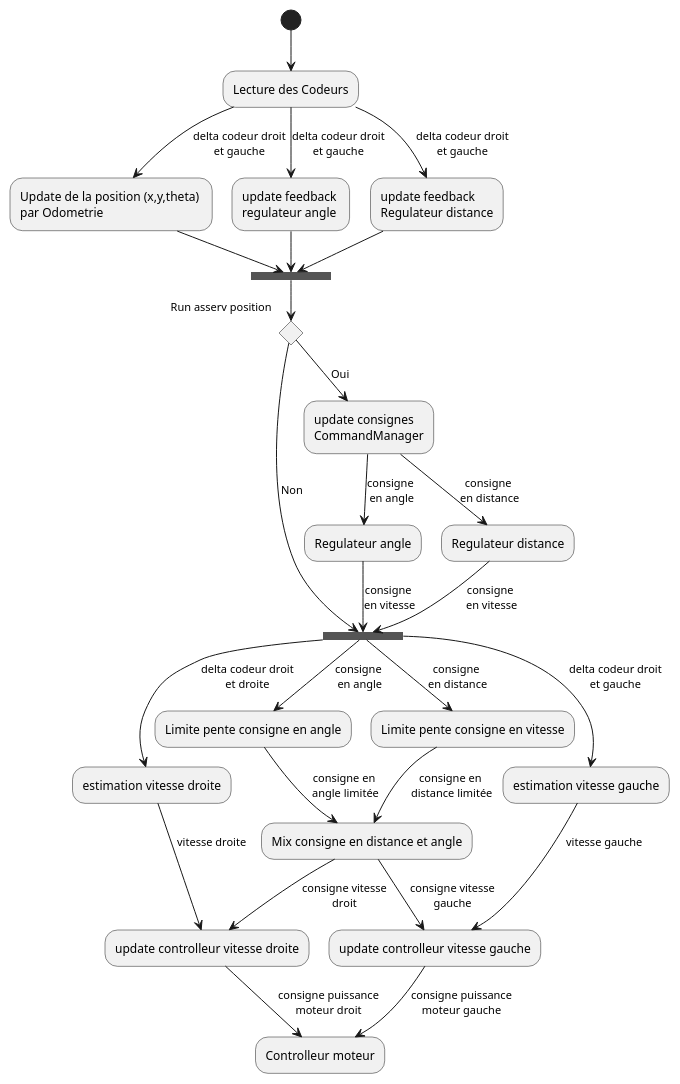
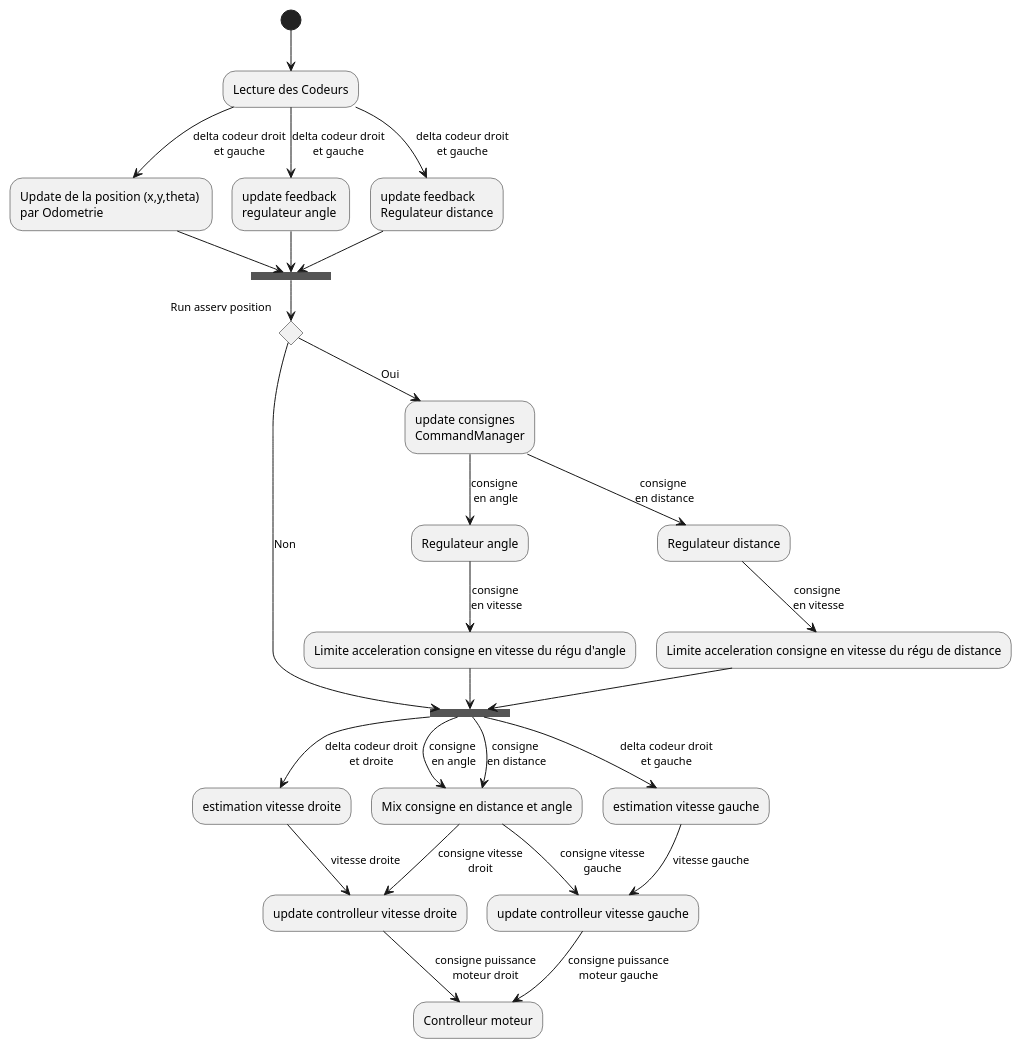
The diagram in misc/bloc_asserv.plantuml (EsialRobotik/asserv_chibios), drawn with PlantUML before and after one commit. The commit also changed 1 other file, not shown here.

Commit message:
Update plantuml

```diff
--- a/misc/bloc_asserv.plantuml
+++ b/misc/bloc_asserv.plantuml
@@ -1,33 +1,33 @@
 @startuml
 (*) --> "Lecture des Codeurs"
 "Lecture des Codeurs" --> [delta codeur droit\net gauche] "Update de la position (x,y,theta) \npar Odometrie"
 "Update de la position (x,y,theta) \npar Odometrie" --> ===B2===
 "Lecture des Codeurs" --> [delta codeur droit\net gauche]"update feedback \nregulateur angle"
 "Lecture des Codeurs" --> [delta codeur droit\net gauche]"update feedback \nRegulateur distance"
 "update feedback \nregulateur angle" --> ===B2===
 "update feedback \nRegulateur distance" --> ===B2===
 
 if "Run asserv position" then
   -->[Oui] "update consignes \nCommandManager"
   "update consignes \nCommandManager" --> [consigne \nen distance] "Regulateur distance"
-  --> [consigne \nen vitesse] ===B4===
+  --> [consigne \nen vitesse] "Limite acceleration consigne en vitesse du régu de distance"
+  "Limite acceleration consigne en vitesse du régu de distance"  --> ===B4===
   "update consignes \nCommandManager" --> [consigne \nen angle] "Regulateur angle"
-  --> [consigne \nen vitesse] ===B4===
+  --> [consigne \nen vitesse] "Limite acceleration consigne en vitesse du régu d'angle" 
+  "Limite acceleration consigne en vitesse du régu d'angle" --> ===B4===
 else
   ->[Non] ===B4===
 endif
 
 ===B4===  --> [delta codeur droit\net droite] "estimation vitesse droite"
 ===B4===  --> [delta codeur droit\net gauche] "estimation vitesse gauche"
-===B4===  --> [consigne \nen distance] "Limite pente consigne en vitesse"
-===B4===  --> [consigne \nen angle] "Limite pente consigne en angle"
-"Limite pente consigne en vitesse" --> [consigne en \ndistance limitée] "Mix consigne en distance et angle"
-"Limite pente consigne en angle" --> [consigne en \nangle limitée] "Mix consigne en distance et angle"
+===B4===  --> [consigne \nen distance] "Mix consigne en distance et angle"
+===B4===  --> [consigne \nen angle] "Mix consigne en distance et angle"
 "Mix consigne en distance et angle" --> [consigne vitesse\ngauche] "update controlleur vitesse gauche"
 "estimation vitesse gauche" --> [vitesse gauche] "update controlleur vitesse gauche"
 "Mix consigne en distance et angle" --> [consigne vitesse\ndroit] "update controlleur vitesse droite"
 "estimation vitesse droite" --> [vitesse droite] "update controlleur vitesse droite"
 
 "update controlleur vitesse gauche" --> [consigne puissance\nmoteur gauche] "Controlleur moteur"
 "update controlleur vitesse droite" --> [consigne puissance\nmoteur droit] "Controlleur moteur"
 @enduml
```
